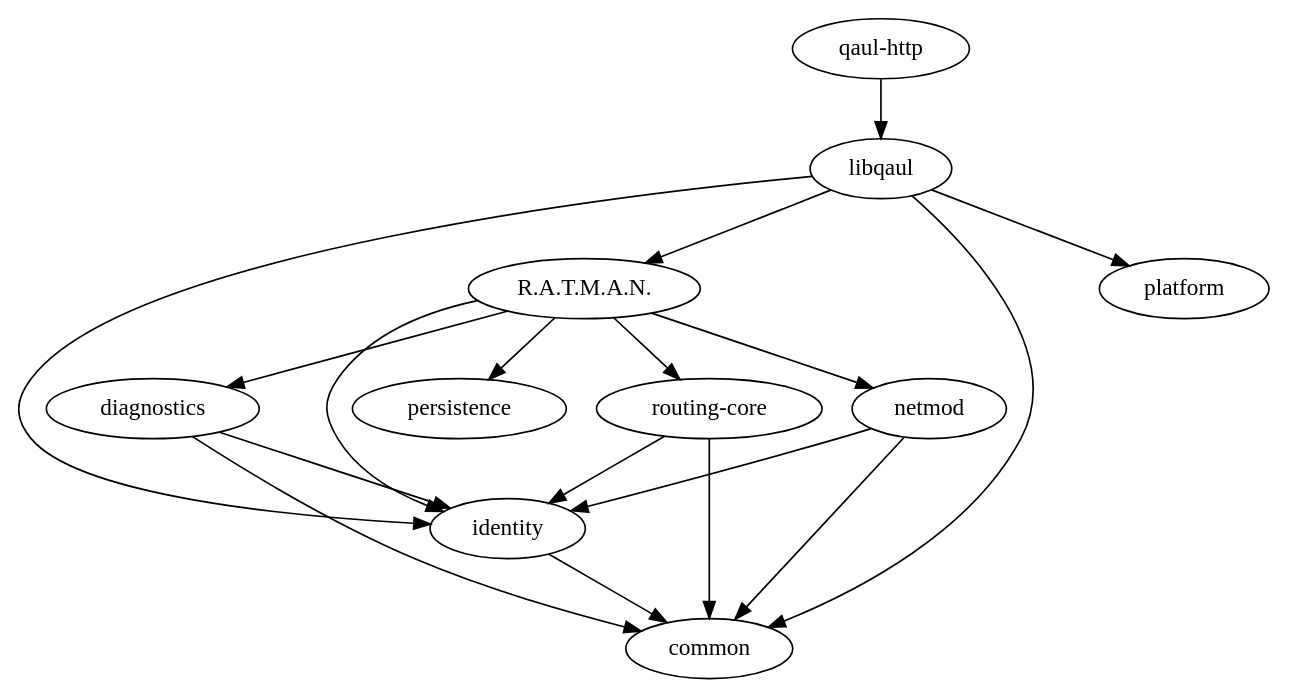
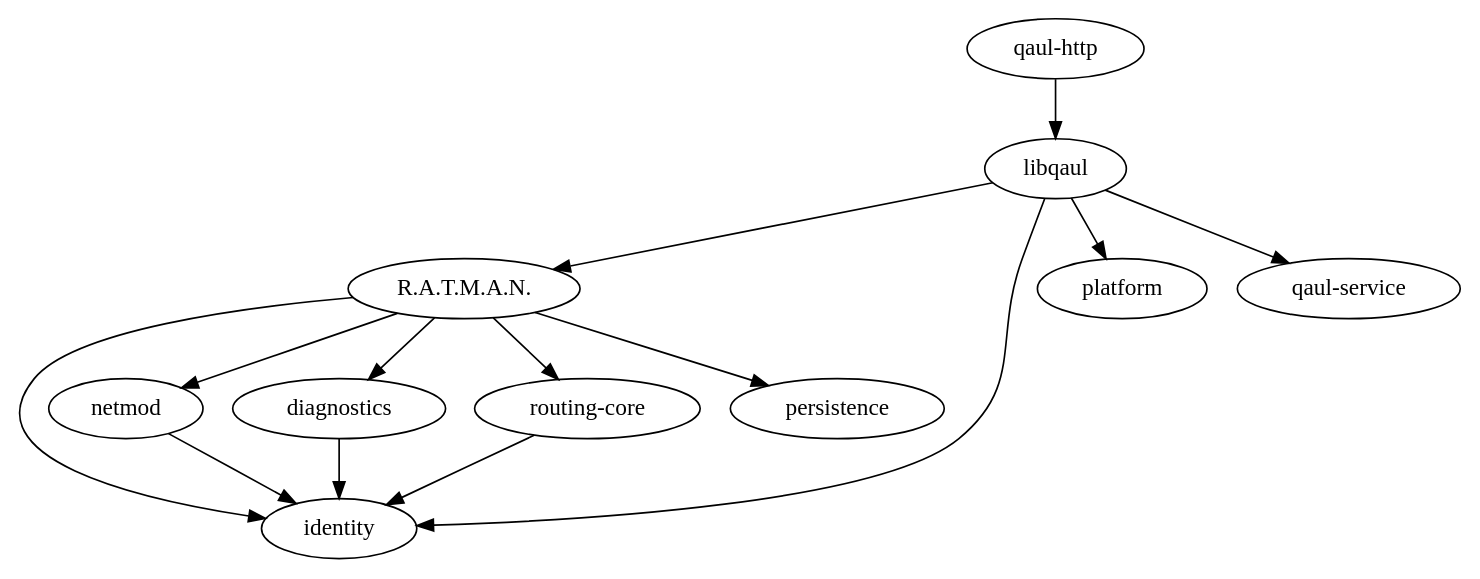
The diagram in docs/contributers/src/assets/dependencies.dot (qaul/qaul.net), drawn with Graphviz before and after one commit. The commit also changed 3 other files, not shown here.

Commit message:
Adding a small library dependency graph

```diff
--- a/docs/contributers/src/assets/dependencies.dot
+++ b/docs/contributers/src/assets/dependencies.dot
@@ -1,24 +1,18 @@
 digraph {
     "R.A.T.M.A.N." -> identity
     "R.A.T.M.A.N." -> netmod
     "R.A.T.M.A.N." -> diagnostics
     "R.A.T.M.A.N." -> "routing-core"
     "R.A.T.M.A.N." -> persistence
 
     netmod -> identity
     diagnostics -> identity
-
     "routing-core" -> identity
-    "routing-core" -> common
-
-    diagnostics -> common
-    identity -> common
-    netmod -> common
 
     libqaul -> "R.A.T.M.A.N."
     libqaul -> platform
-    libqaul -> common
+    libqaul -> "qaul-service"
     libqaul -> identity
 
     "qaul-http" -> libqaul
 }
```
